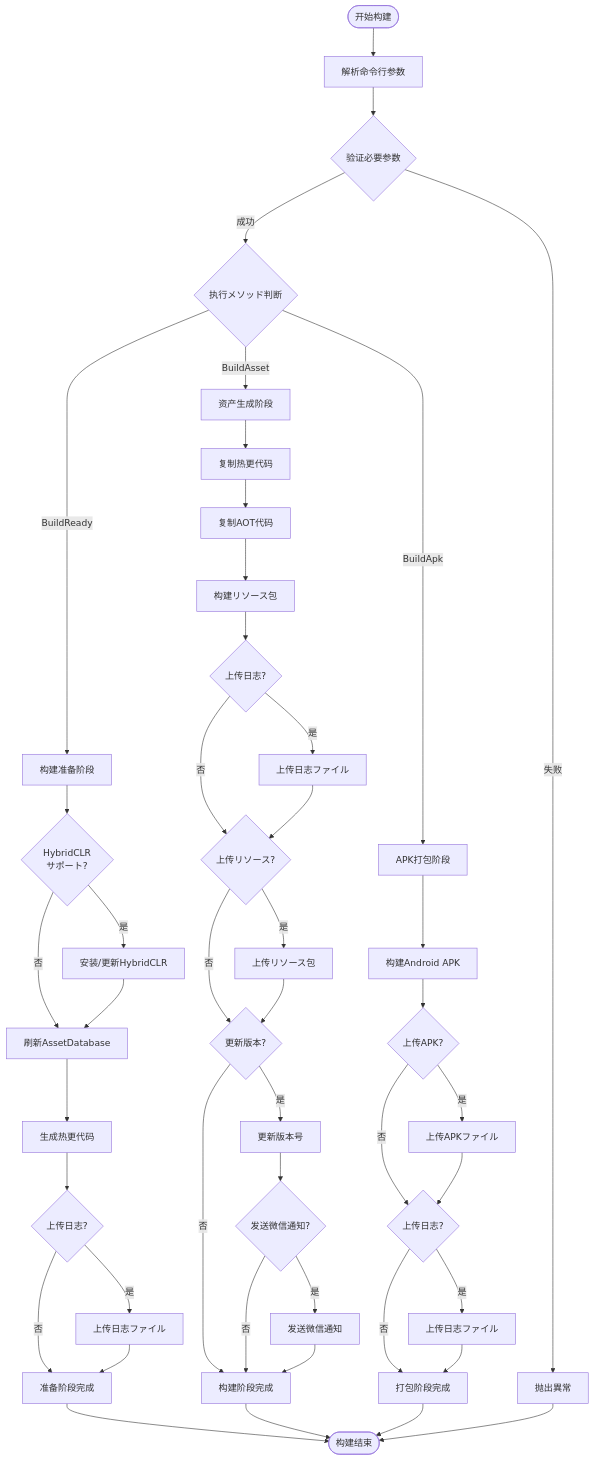
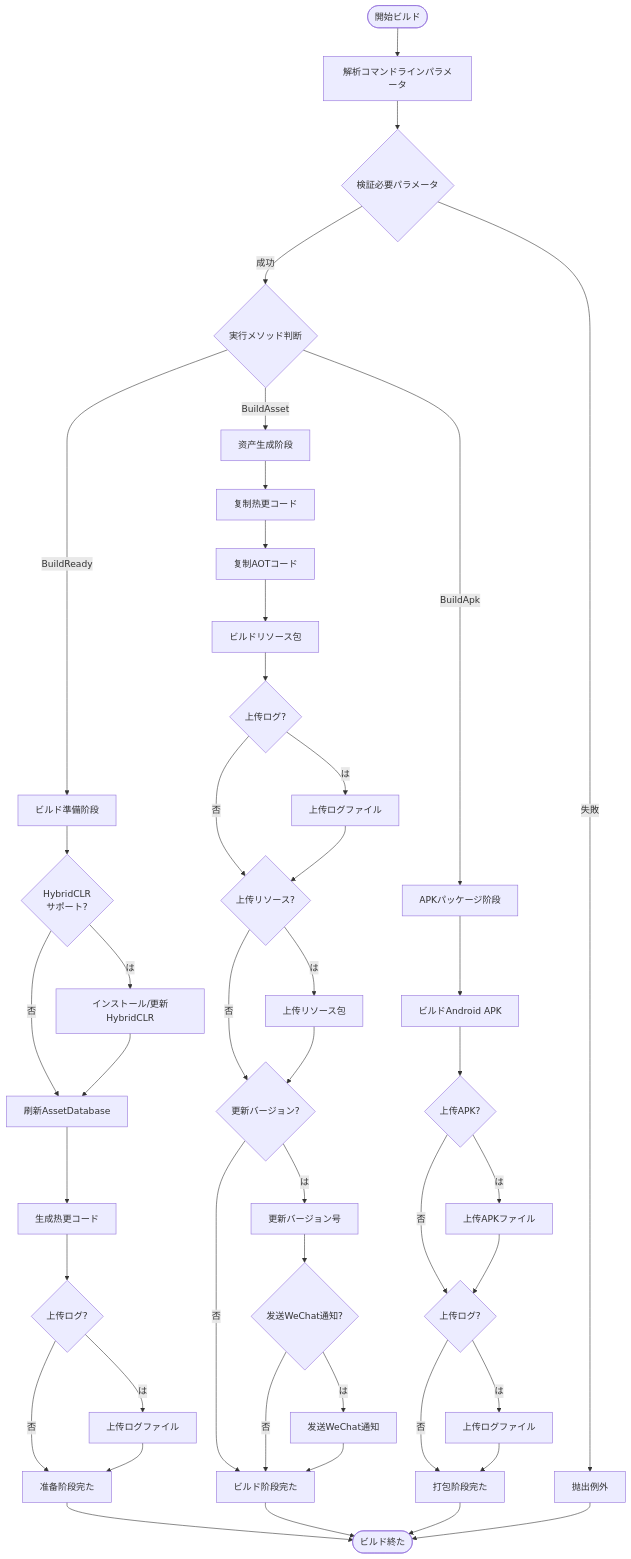
One commit to AlianBlank/GameFrameX.Docs changed the second of 2 diagrams in docs/ja/client/unity/component/builder/01.overview.md. Above: the diagram before and after it, drawn with Mermaid. The commit also changed other lines of this file and 320 other files, not shown here.

````diff
--- a/docs/ja/client/unity/component/builder/01.overview.md
+++ b/docs/ja/client/unity/component/builder/01.overview.md
@@ -180,52 +180,52 @@
 ```mermaid
 flowchart TD
-    Start([开始构建]) --> ParseArgs[解析命令行参数]
-    ParseArgs --> Validate{验证必要参数}
-    Validate -->|失败| Error1[抛出異常]
-    Validate -->|成功| ExecuteMethod{执行メソッド判断}
+    Start([開始ビルド]) --> ParseArgs[解析コマンドラインパラメータ]
+    ParseArgs --> Validate{検証必要パラメータ}
+    Validate -->|失敗| Error1[抛出例外]
+    Validate -->|成功| ExecuteMethod{実行メソッド判断}
     
-    ExecuteMethod -->|BuildReady| Phase1[构建准备阶段]
+    ExecuteMethod -->|BuildReady| Phase1[ビルド準備阶段]
     ExecuteMethod -->|BuildAsset| Phase2[资产生成阶段]
-    ExecuteMethod -->|BuildApk| Phase3[APK打包阶段]
+    ExecuteMethod -->|BuildApk| Phase3[APKパッケージ阶段]
     
     Phase1 --> HybridCLR{HybridCLR<br/>サポート?}
-    HybridCLR -->|是| InstallHC[安装/更新HybridCLR]
+    HybridCLR -->|は| InstallHC[インストール/更新HybridCLR]
     HybridCLR -->|否| Refresh1[刷新AssetDatabase]
     InstallHC --> Refresh1
-    Refresh1 --> Generate[生成热更代码]
-    Generate --> UploadLog1{上传日志?}
-    UploadLog1 -->|是| UploadLogFile1[上传日志ファイル]
-    UploadLog1 -->|否| Phase1End[准备阶段完成]
+    Refresh1 --> Generate[生成热更コード]
+    Generate --> UploadLog1{上传ログ?}
+    UploadLog1 -->|は| UploadLogFile1[上传ログファイル]
+    UploadLog1 -->|否| Phase1End[准备阶段完た]
     UploadLogFile1 --> Phase1End
     
-    Phase2 --> CopyHotfix[复制热更代码]
-    CopyHotfix --> CopyAOT[复制AOT代码]
-    CopyAOT --> BuildBundle[构建リソース包]
-    BuildBundle --> UploadLog2{上传日志?}
-    UploadLog2 -->|是| UploadLogFile2[上传日志ファイル]
+    Phase2 --> CopyHotfix[复制热更コード]
+    CopyHotfix --> CopyAOT[复制AOTコード]
+    CopyAOT --> BuildBundle[ビルドリソース包]
+    BuildBundle --> UploadLog2{上传ログ?}
+    UploadLog2 -->|は| UploadLogFile2[上传ログファイル]
     UploadLog2 -->|否| CheckAsset{上传リソース?}
     UploadLogFile2 --> CheckAsset
-    CheckAsset -->|是| UploadBundle[上传リソース包]
-    CheckAsset -->|否| CheckVersion{更新版本?}
+    CheckAsset -->|は| UploadBundle[上传リソース包]
+    CheckAsset -->|否| CheckVersion{更新バージョン?}
     UploadBundle --> CheckVersion
-    CheckVersion -->|是| UpdateVersion[更新版本号]
-    CheckVersion -->|否| Phase2End[构建阶段完成]
-    UpdateVersion --> Notify{发送微信通知?}
-    Notify -->|是| SendNotify[发送微信通知]
+    CheckVersion -->|は| UpdateVersion[更新バージョン号]
+    CheckVersion -->|否| Phase2End[ビルド阶段完た]
+    UpdateVersion --> Notify{发送WeChat通知?}
+    Notify -->|は| SendNotify[发送WeChat通知]
     Notify -->|否| Phase2End
     SendNotify --> Phase2End
     
-    Phase3 --> BuildAndroid[构建Android APK]
+    Phase3 --> BuildAndroid[ビルドAndroid APK]
     BuildAndroid --> UploadApk{上传APK?}
-    UploadApk -->|是| UploadAPKFile[上传APKファイル]
-    UploadApk -->|否| CheckLog3{上传日志?}
+    UploadApk -->|は| UploadAPKFile[上传APKファイル]
+    UploadApk -->|否| CheckLog3{上传ログ?}
     UploadAPKFile --> CheckLog3
-    CheckLog3 -->|是| UploadLogFile3[上传日志ファイル]
-    CheckLog3 -->|否| Phase3End[打包阶段完成]
+    CheckLog3 -->|は| UploadLogFile3[上传ログファイル]
+    CheckLog3 -->|否| Phase3End[打包阶段完た]
     UploadLogFile3 --> Phase3End
     
-    Phase1End --> End([构建结束])
+    Phase1End --> End([ビルド終た])
     Phase2End --> End
     Phase3End --> End
     Error1 --> End
 ```
````
